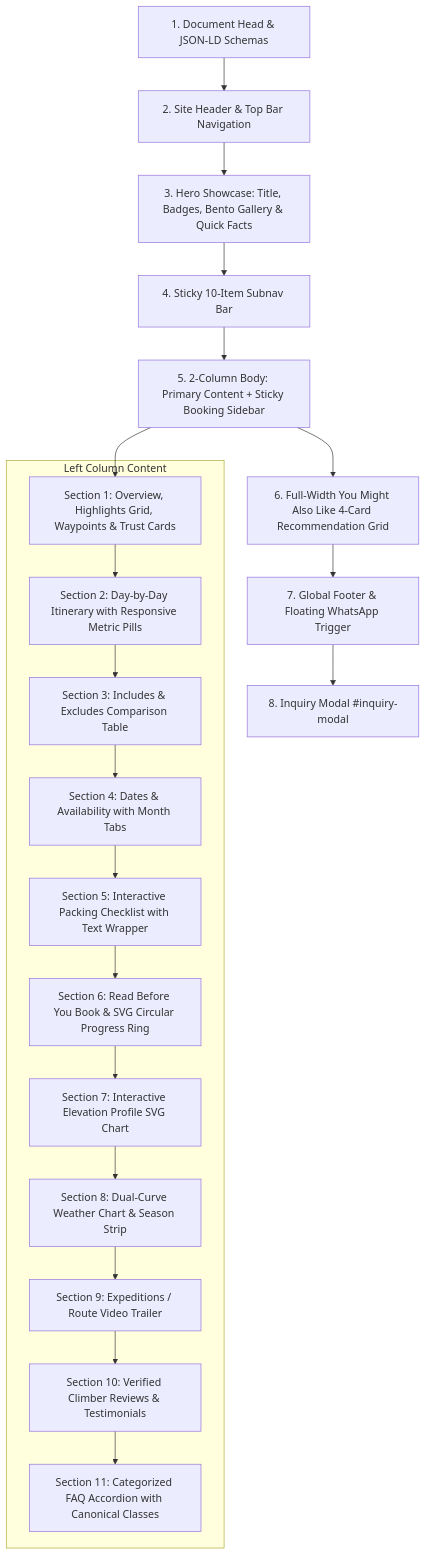
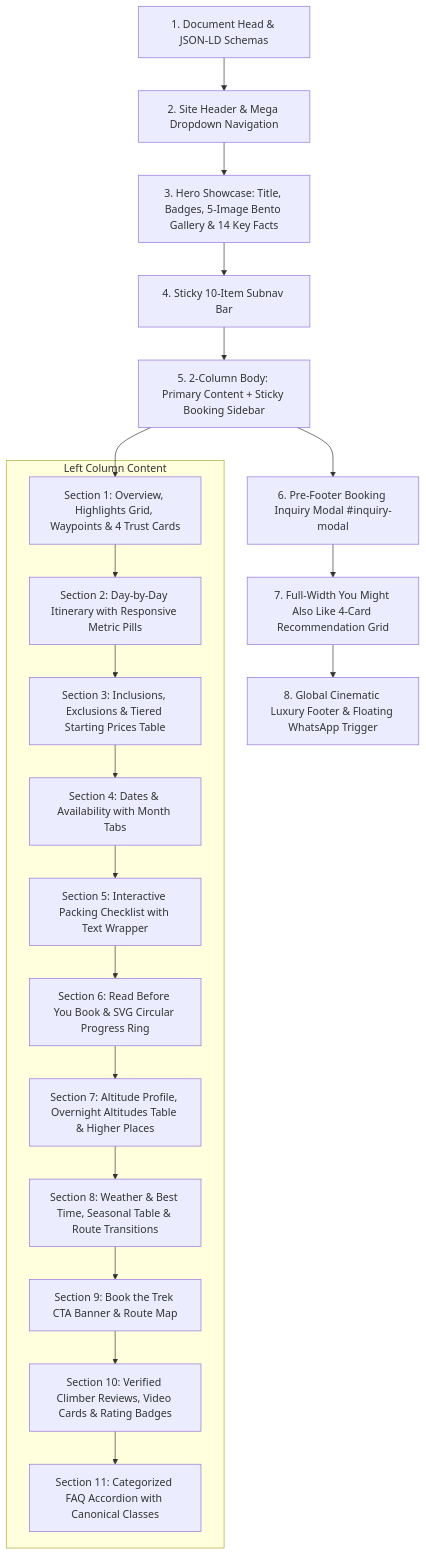
One commit to cartoonq474-cloud/igloohimalayatreks changed the diagram in .agents/skills/trek-page-builder/SKILL.md. Above: the diagram before and after it, drawn with Mermaid. The commit also changed other lines of this file and 40 other files, not shown here.

````diff
--- a/.agents/skills/trek-page-builder/SKILL.md
+++ b/.agents/skills/trek-page-builder/SKILL.md
@@ -63,28 +135,28 @@
 ```mermaid
 graph TD
-  A[1. Document Head & JSON-LD Schemas] --> B[2. Site Header & Top Bar Navigation]
-  B --> C[3. Hero Showcase: Title, Badges, Bento Gallery & Quick Facts]
+  A[1. Document Head & JSON-LD Schemas] --> B[2. Site Header & Mega Dropdown Navigation]
+  B --> C[3. Hero Showcase: Title, Badges, 5-Image Bento Gallery & 14 Key Facts]
   C --> D[4. Sticky 10-Item Subnav Bar]
   D --> E[5. 2-Column Body: Primary Content + Sticky Booking Sidebar]
   
   subgraph "Left Column Content"
-    E1[Section 1: Overview, Highlights Grid, Waypoints & Trust Cards]
+    E1[Section 1: Overview, Highlights Grid, Waypoints & 4 Trust Cards]
     E2[Section 2: Day-by-Day Itinerary with Responsive Metric Pills]
-    E3[Section 3: Includes & Excludes Comparison Table]
+    E3[Section 3: Inclusions, Exclusions & Tiered Starting Prices Table]
     E4[Section 4: Dates & Availability with Month Tabs]
     E5[Section 5: Interactive Packing Checklist with Text Wrapper]
     E6[Section 6: Read Before You Book & SVG Circular Progress Ring]
-    E7[Section 7: Interactive Elevation Profile SVG Chart]
-    E8[Section 8: Dual-Curve Weather Chart & Season Strip]
-    E9[Section 9: Expeditions / Route Video Trailer]
-    E10[Section 10: Verified Climber Reviews & Testimonials]
+    E7[Section 7: Altitude Profile, Overnight Altitudes Table & Higher Places]
+    E8[Section 8: Weather & Best Time, Seasonal Table & Route Transitions]
+    E9[Section 9: Book the Trek CTA Banner & Route Map]
+    E10[Section 10: Verified Climber Reviews, Video Cards & Rating Badges]
     E11[Section 11: Categorized FAQ Accordion with Canonical Classes]
   end
   
   E --> E1
   E1 --> E2 --> E3 --> E4 --> E5 --> E6 --> E7 --> E8 --> E9 --> E10 --> E11
   
-  E --> F[6. Full-Width You Might Also Like 4-Card Recommendation Grid]
-  F --> G[7. Global Footer & Floating WhatsApp Trigger]
-  G --> H[8. Inquiry Modal #inquiry-modal]
+  E --> F[6. Pre-Footer Booking Inquiry Modal #inquiry-modal]
+  F --> G[7. Full-Width You Might Also Like 4-Card Recommendation Grid]
+  G --> H[8. Global Cinematic Luxury Footer & Floating WhatsApp Trigger]
 ```
````
